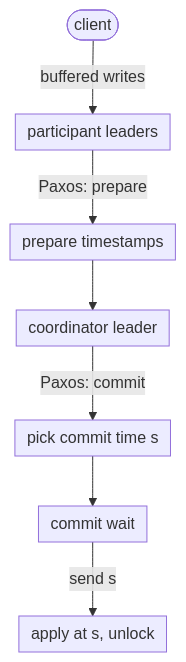
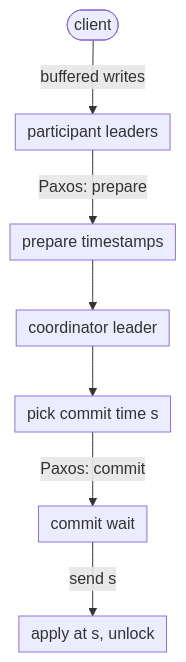
One commit to mimi146/blog changed the second of 3 diagrams in src/content/blog/spanner-truetime-external-consistency.md. Above: the diagram before and after it, drawn with Mermaid.

Commit message:
Move the Paxos commit label onto the commit-wait arrow
Coach checked Figure 2 against Corbett 2012 §4.2.1. The commit record is logged after s is chosen and before commit wait, so the edge label moves from the coordinator arrow to the arrow into commit wait.

````diff
--- a/src/content/blog/spanner-truetime-external-consistency.md
+++ b/src/content/blog/spanner-truetime-external-consistency.md
@@ -79,12 +79,12 @@
 ```mermaid
 %%{init: {"flowchart": {"nodeSpacing": 12, "padding": 6, "diagramPadding": 4}}}%%
 flowchart TB
     accTitle: A read-write transaction across Paxos groups
     accDescr: The client sends its buffered writes to the participant leaders. Each participant takes write locks and logs a prepare record through Paxos, then sends its prepare timestamp to the coordinator leader. The coordinator picks a commit timestamp s at least as large as every prepare timestamp and larger than TT.now().latest, and logs the commit through Paxos. It then waits until TT.after(s) is true. Finally every group applies the writes at s and releases its locks.
     C(["client"]) -->|"buffered writes"| P["participant leaders"]
     P -->|"Paxos: prepare"| PT["prepare timestamps"]
     PT --> CO["coordinator leader"]
-    CO -->|"Paxos: commit"| S["pick commit time s"]
-    S --> W["commit wait"]
+    CO --> S["pick commit time s"]
+    S -->|"Paxos: commit"| W["commit wait"]
     W -->|"send s"| A["apply at s, unlock"]
 ```
````
